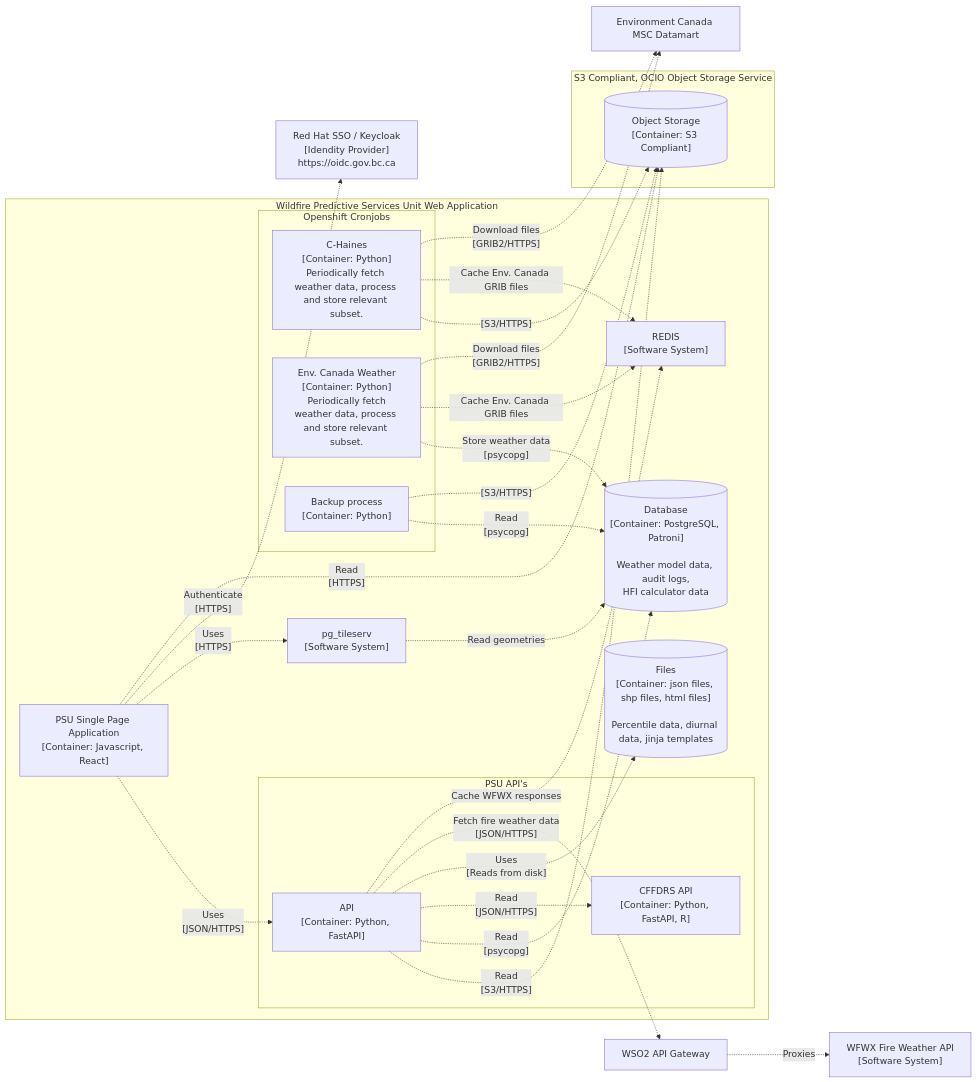
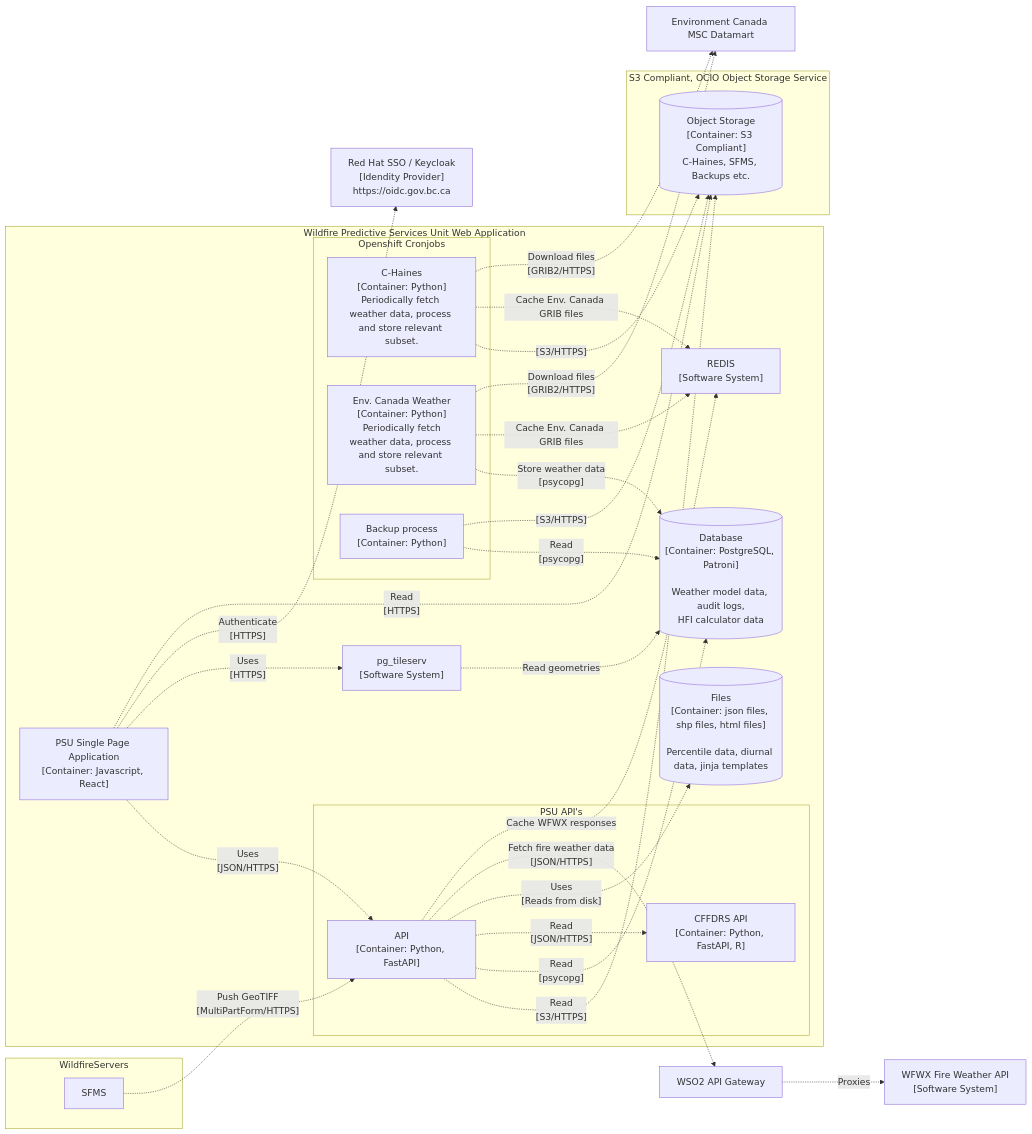
Before and after one commit to bcgov/wps: the diagram in README.md, drawn with Mermaid. The commit also changed 1 other file, not shown here.

Commit message:
updated architecture

````diff
--- a/README.md
+++ b/README.md
@@ -44,59 +44,65 @@
 ```mermaid
 graph LR
 
     datamart["Environment Canada MSC Datamart"]
 
     wf1["WFWX Fire Weather API</br>[Software System]"]
 
     wso2["WSO2 API Gateway"]
 
     sso["Red Hat SSO / Keycloak</br>[Idendity Provider]</br>https://oidc.gov.bc.ca"]
 
     subgraph Wildfire Predictive Services Unit Web Application
         FrontEnd["PSU Single Page Application</br>[Container: Javascript, React]"]
 
         subgraph PSU API's
             API["API</br>[Container: Python, FastAPI]"]
             CFFDRS_API["CFFDRS API</br>[Container: Python, FastAPI, R]"]
         end
 
         pg_tileserv["pg_tileserv</br>[Software System]"]
         redis["REDIS</br>[Software System]"]
 
         subgraph Openshift Cronjobs
             c-haines["C-Haines</br>[Container: Python]</br>Periodically fetch weather data, process and store relevant subset."]
             env-canada["Env. Canada Weather</br>[Container: Python]</br> Periodically fetch weather data, process and store relevant subset."]
             backup["Backup process</br>[Container: Python]"]
         end
 
         Database[("Database</br>[Container: PostgreSQL, Patroni]</br></br>Weather model data, audit logs,</br>HFI calculator data")]
         Files[("Files</br>[Container: json files, shp files, html files]</br></br>Percentile data, diurnal data, jinja templates")]
 
     end
 
     subgraph "S3 Compliant, OCIO Object Storage Service"
-        s3[("Object Storage</br>[Container: S3 Compliant]")]
+        s3[("Object Storage</br>[Container: S3 Compliant]</br>C-Haines, SFMS, Backups etc.")]
     end
+
+    subgraph WildfireServers
+        SFMS
+    end
+
+    SFMS-."Push GeoTIFF</br>[MultiPartForm/HTTPS]".->API
 
     API-. "Read</br>[S3/HTTPS]" .->s3
     API-.->|"Read</br>[psycopg]"|Database
     API-.->|"Read</br>[JSON/HTTPS]"|CFFDRS_API
     API-.->|"Uses</br>[Reads from disk]"|Files
     API-. "Fetch fire weather data</br>[JSON/HTTPS]" .->wso2
     API-. "Cache WFWX responses" .->redis
     wso2-. "Proxies" .->wf1
     pg_tileserv-. "Read geometries" .->Database
     FrontEnd-.->|"Uses</br>[JSON/HTTPS]"|API
     FrontEnd-.->|"Uses</br>[HTTPS]"|pg_tileserv
     FrontEnd-. "Authenticate</br>[HTTPS]" .->sso
     FrontEnd-. "Read</br>[HTTPS]" .->s3
     c-haines-. "[S3/HTTPS]" .->s3
     c-haines-. "Cache Env. Canada GRIB files" .->redis
     c-haines-. "Download files</br>[GRIB2/HTTPS]" .->datamart
     env-canada-. "Store weather data</br>[psycopg]" .->Database
     env-canada-. "Cache Env. Canada GRIB files" .->redis
     env-canada-. "Download files</br>[GRIB2/HTTPS]" .->datamart
     backup-. "Read</br>[psycopg]" .->Database
     backup-. "[S3/HTTPS] " .->s3
 
 ```
````
